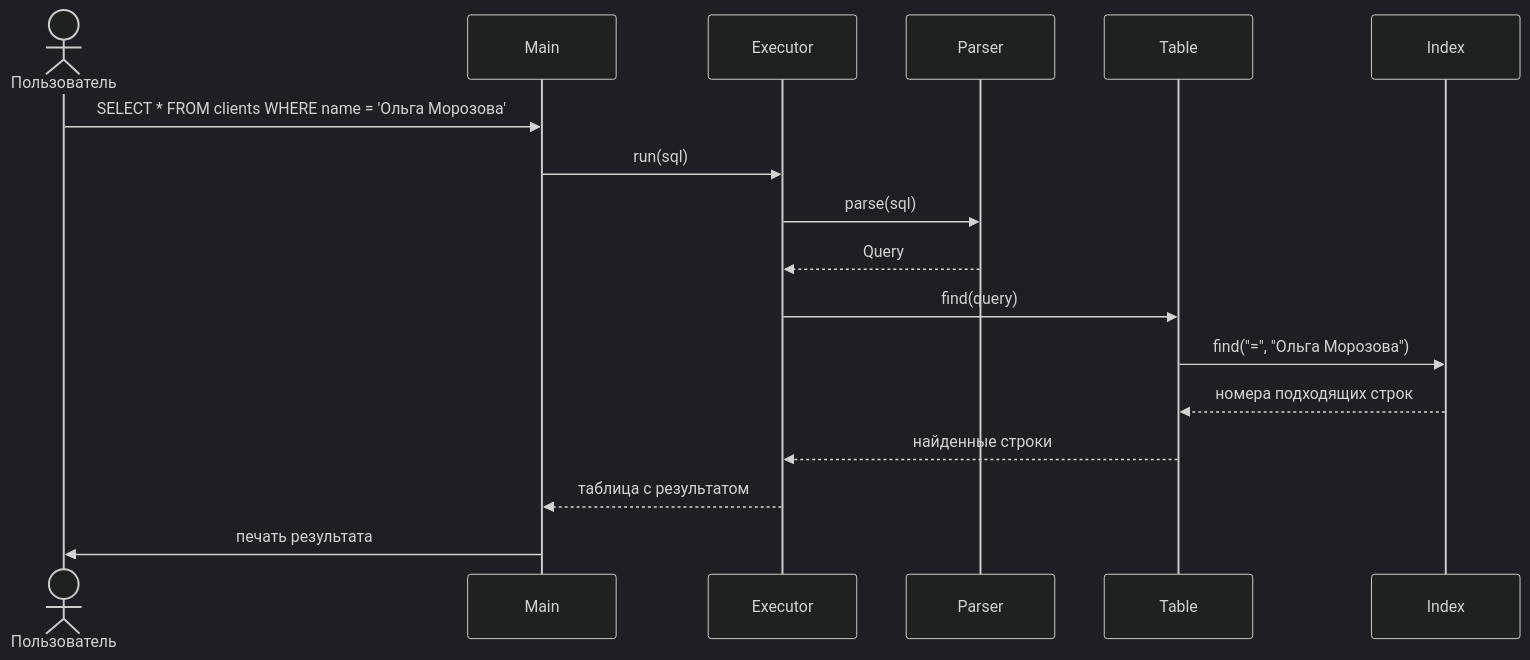
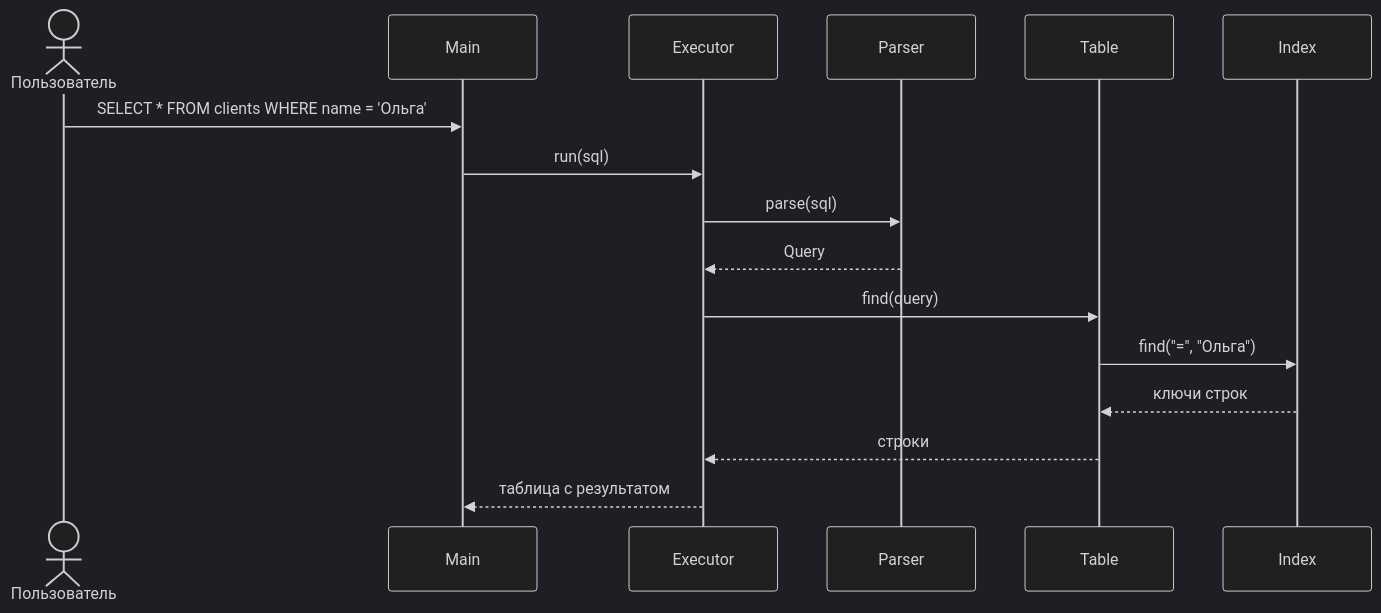
The second of 3 diagrams in readme.md (sergei0908/Java2), drawn with Mermaid (dark theme) before and after one commit. The commit also changed other lines of this file and 7 other files, not shown here.

````diff
--- a/readme.md
+++ b/readme.md
@@ -262,20 +101,13 @@
 ```mermaid
 sequenceDiagram
     actor User as Пользователь
-    participant M as Main
-    participant E as Executor
-    participant P as Parser
-    participant T as Table
-    participant I as Index
-
-    User->>M: SELECT * FROM clients WHERE name = 'Ольга Морозова';
-    M->>E: run(sql)
-    E->>P: parse(sql)
-    P-->>E: Query
-    E->>T: find(query)
-    T->>I: find("=", "Ольга Морозова")
-    I-->>T: номера подходящих строк
-    T-->>E: найденные строки
-    E-->>M: таблица с результатом
-    M->>User: печать результата
+    User->>Main: SELECT * FROM clients WHERE name = 'Ольга';
+    Main->>Executor: run(sql)
+    Executor->>Parser: parse(sql)
+    Parser-->>Executor: Query
+    Executor->>Table: find(query)
+    Table->>Index: find("=", "Ольга")
+    Index-->>Table: ключи строк
+    Table-->>Executor: строки
+    Executor-->>Main: таблица с результатом
 ```
````
